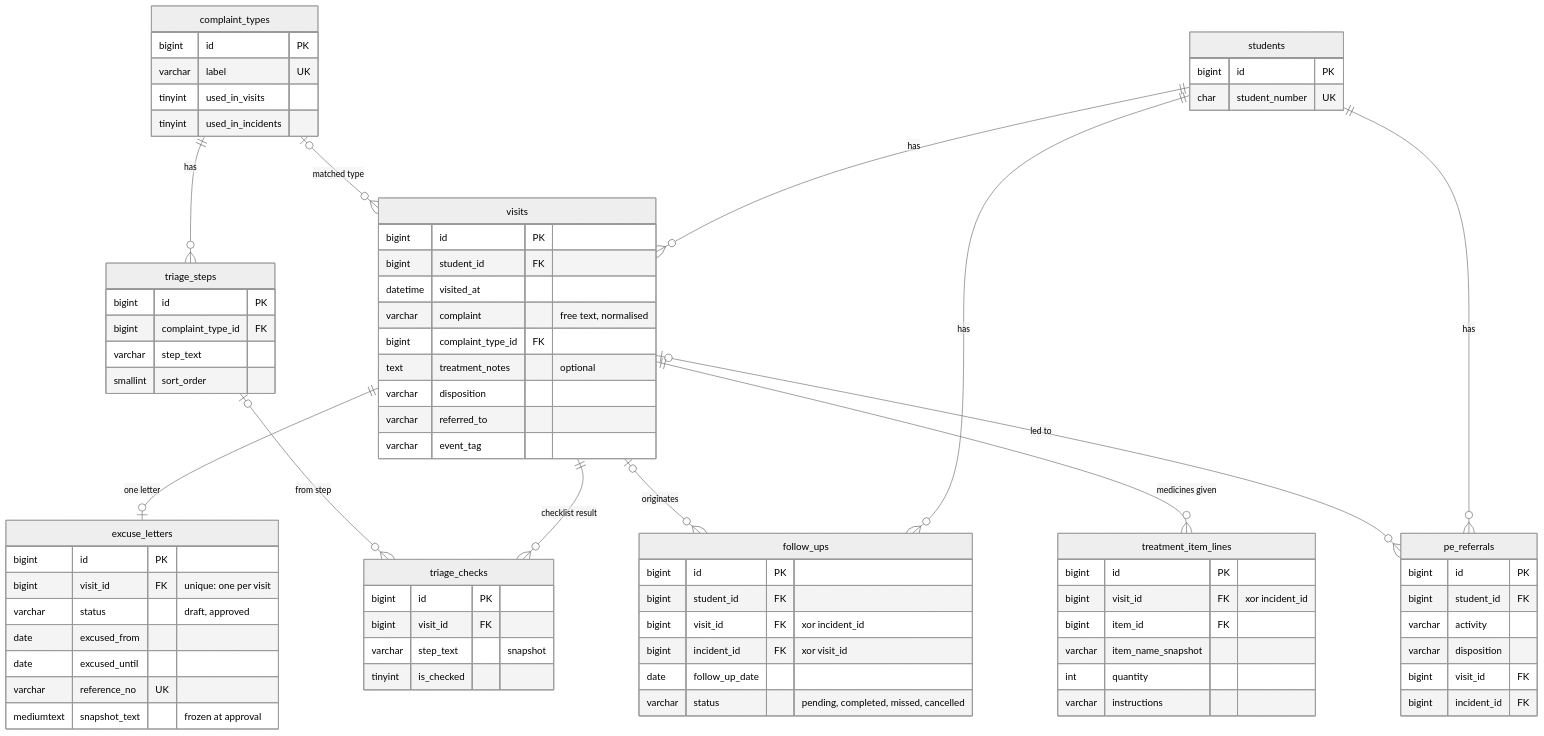
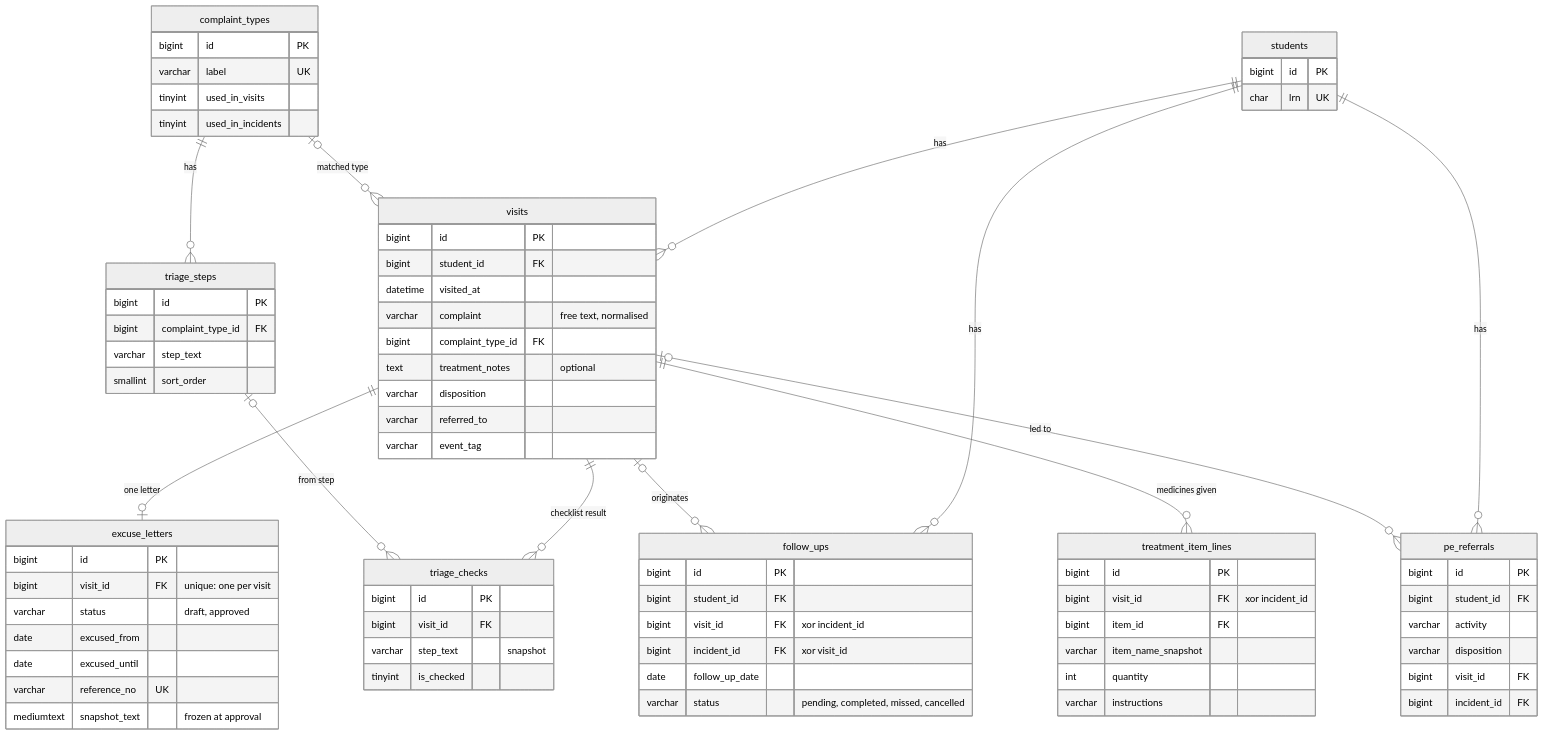
Before and after one commit to zekuuu/cliniq: the third of 6 diagrams in CLINIQ-Knowledge-Base/02-Architecture/Database/ERD.md, drawn with Mermaid (neutral theme). The commit also changed other lines of this file and 6 other files, not shown here.

First line of the commit message:
docs(erd): LRN column and student-id audit snapshot

````diff
--- a/CLINIQ-Knowledge-Base/02-Architecture/Database/ERD.md
+++ b/CLINIQ-Knowledge-Base/02-Architecture/Database/ERD.md
@@ -212,80 +212,80 @@
 ```mermaid
 erDiagram
     students {
         bigint id PK
-        char student_number UK
+        char lrn UK
     }
     complaint_types {
         bigint id PK
         varchar label UK
         tinyint used_in_visits
         tinyint used_in_incidents
     }
     triage_steps {
         bigint id PK
         bigint complaint_type_id FK
         varchar step_text
         smallint sort_order
     }
     visits {
         bigint id PK
         bigint student_id FK
         datetime visited_at
         varchar complaint "free text, normalised"
         bigint complaint_type_id FK
         text treatment_notes "optional"
         varchar disposition
         varchar referred_to
         varchar event_tag
     }
     excuse_letters {
         bigint id PK
         bigint visit_id FK "unique: one per visit"
         varchar status "draft, approved"
         date excused_from
         date excused_until
         varchar reference_no UK
         mediumtext snapshot_text "frozen at approval"
     }
     triage_checks {
         bigint id PK
         bigint visit_id FK
         varchar step_text "snapshot"
         tinyint is_checked
     }
     follow_ups {
         bigint id PK
         bigint student_id FK
         bigint visit_id FK "xor incident_id"
         bigint incident_id FK "xor visit_id"
         date follow_up_date
         varchar status "pending, completed, missed, cancelled"
     }
     pe_referrals {
         bigint id PK
         bigint student_id FK
         varchar activity
         varchar disposition
         bigint visit_id FK
         bigint incident_id FK
     }
     treatment_item_lines {
         bigint id PK
         bigint visit_id FK "xor incident_id"
         bigint item_id FK
         varchar item_name_snapshot
         int quantity
         varchar instructions
     }
     students ||--o{ visits : has
     students ||--o{ follow_ups : has
     students ||--o{ pe_referrals : has
     complaint_types ||--o{ triage_steps : has
     complaint_types |o--o{ visits : "matched type"
     visits ||--o| excuse_letters : "one letter"
     visits ||--o{ triage_checks : "checklist result"
     triage_steps |o--o{ triage_checks : "from step"
     visits |o--o{ follow_ups : originates
     visits |o--o{ pe_referrals : "led to"
     visits ||--o{ treatment_item_lines : "medicines given"
 ```
````
